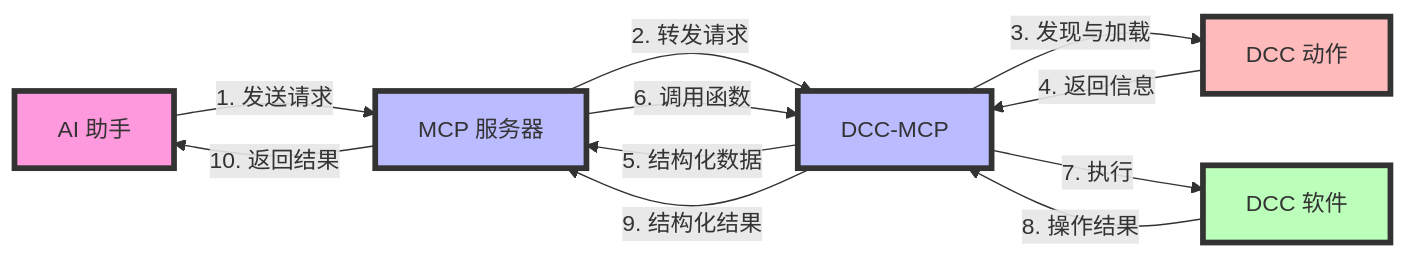
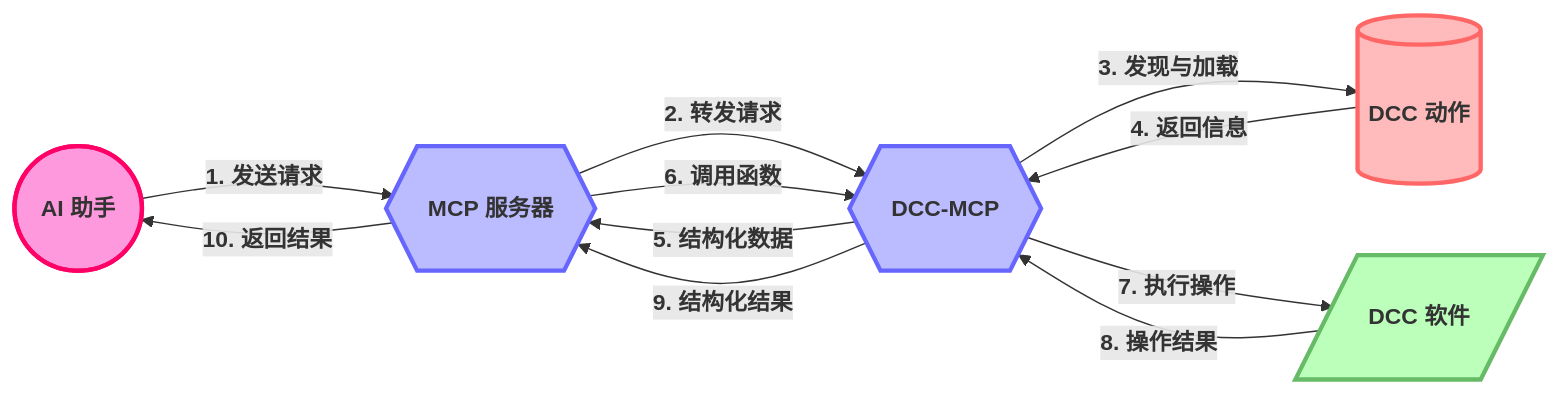
The diagram in README_zh.md (loonghao/dcc-mcp-core), drawn with Mermaid before and after one commit. The commit also changed other lines of this file and 16 other files, not shown here.

````diff
--- a/README_zh.md
+++ b/README_zh.md
@@ -30,19 +30,43 @@
 ```mermaid
-graph LR
-    AI[AI 助手] -->|"1. 发送请求"| MCP[MCP 服务器]
-    MCP -->|"2. 转发请求"| DCCMCP[DCC-MCP]
-    DCCMCP -->|"3. 发现与加载"| Actions[DCC 动作]
-    Actions -->|"4. 返回信息"| DCCMCP
-    DCCMCP -->|"5. 结构化数据"| MCP
-    MCP -->|"6. 调用函数"| DCCMCP
-    DCCMCP -->|"7. 执行"| DCC[DCC 软件]
-    DCC -->|"8. 操作结果"| DCCMCP
-    DCCMCP -->|"9. 结构化结果"| MCP
-    MCP -->|"10. 返回结果"| AI
+%%{init: {
+  'flowchart': {
+    'nodeSpacing': 50,
+    'rankSpacing': 80,
+    'curve': 'basis',
+    'useMaxWidth': false
+  },
+  'themeVariables': {
+    'fontSize': '16px',
+    'fontFamily': 'arial',
+    'lineWidth': 2
+  }
+} }%%
 
-    style AI fill:#f9d,stroke:#333,stroke-width:4px
-    style MCP fill:#bbf,stroke:#333,stroke-width:4px
-    style DCCMCP fill:#bbf,stroke:#333,stroke-width:4px
-    style DCC fill:#bfb,stroke:#333,stroke-width:4px
-    style Actions fill:#fbb,stroke:#333,stroke-width:4px
+flowchart LR
+    %% 节点定义
+    AI([<b>AI 助手</b>]):::aiNode
+    MCP{{<b>MCP 服务器</b>}}:::serverNode
+    DCCMCP{{<b>DCC-MCP</b>}}:::serverNode
+    Actions[(
+<b>DCC 动作</b>
+)]:::actionsNode
+    DCC[/<b>DCC 软件</b>/]:::dccNode
+    
+    %% 连接和流程
+    AI -->|<b>1. 发送请求</b>| MCP
+    MCP -->|<b>2. 转发请求</b>| DCCMCP
+    DCCMCP -->|<b>3. 发现与加载</b>| Actions
+    Actions -->|<b>4. 返回信息</b>| DCCMCP
+    DCCMCP -->|<b>5. 结构化数据</b>| MCP
+    MCP -->|<b>6. 调用函数</b>| DCCMCP
+    DCCMCP -->|<b>7. 执行操作</b>| DCC
+    DCC -->|<b>8. 操作结果</b>| DCCMCP
+    DCCMCP -->|<b>9. 结构化结果</b>| MCP
+    MCP -->|<b>10. 返回结果</b>| AI
+    
+    %% 样式设置
+    classDef aiNode fill:#f9d,stroke:#f06,stroke-width:3px,color:#333,padding:15px,margin:10px
+    classDef serverNode fill:#bbf,stroke:#66f,stroke-width:3px,color:#333,padding:15px,margin:10px
+    classDef dccNode fill:#bfb,stroke:#6b6,stroke-width:3px,color:#333,padding:15px,margin:10px
+    classDef actionsNode fill:#fbb,stroke:#f66,stroke-width:3px,color:#333,padding:15px,margin:10px
 ```
````
